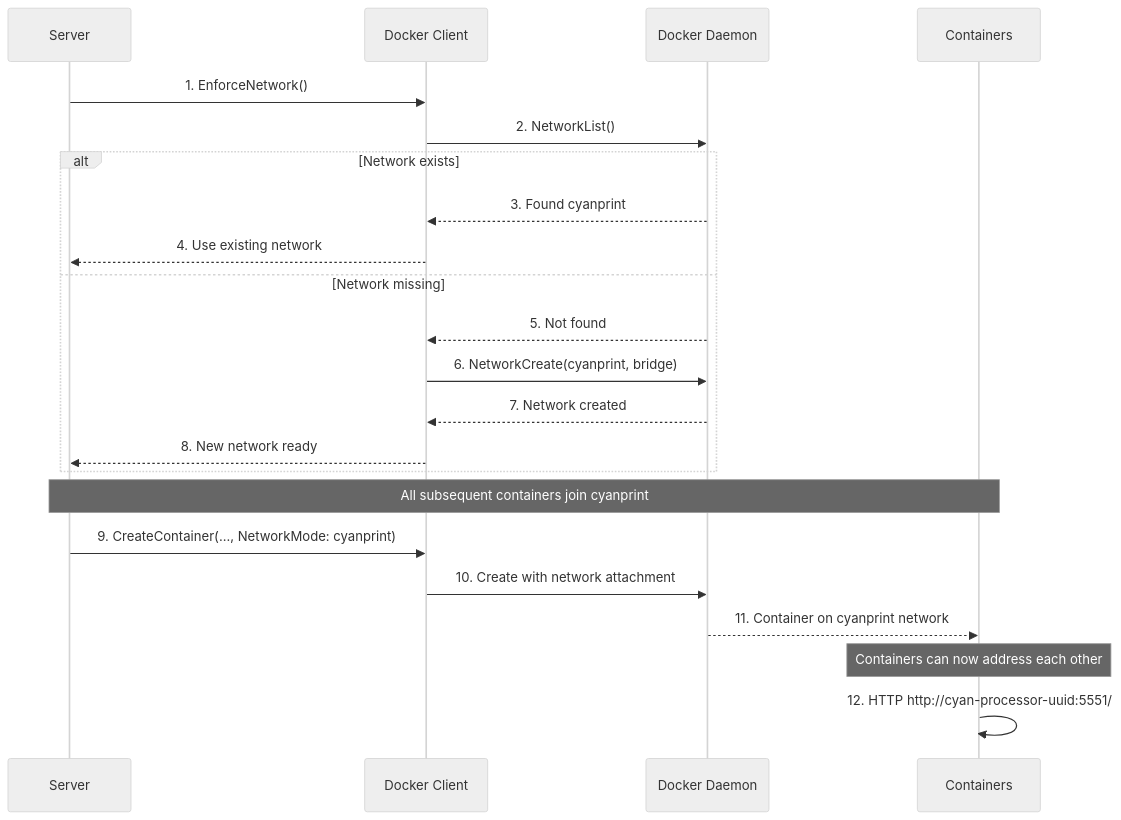
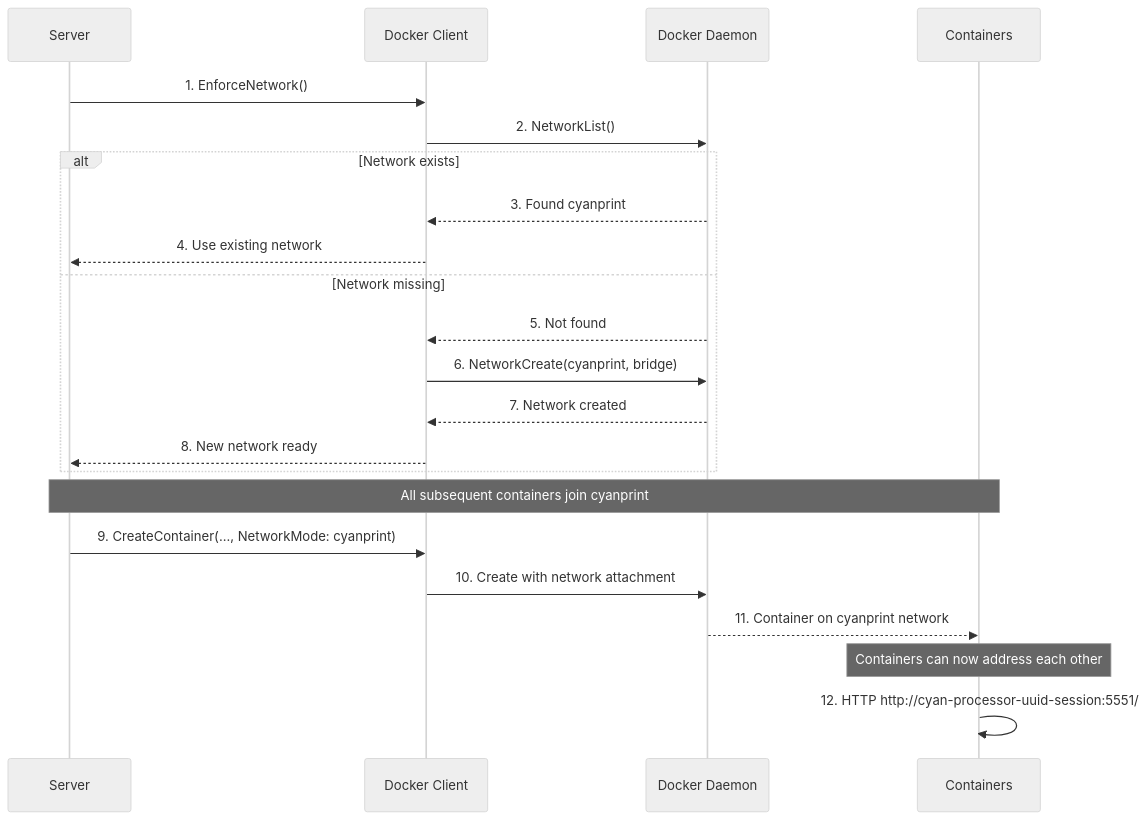
Before and after one commit to AtomiCloud/sulfone.boron: the second of 2 diagrams in docs/developer/features/10-network-architecture.md, drawn with Mermaid (neutral theme). The commit also changed other lines of this file and 27 other files, not shown here.

````diff
--- a/docs/developer/features/10-network-architecture.md
+++ b/docs/developer/features/10-network-architecture.md
@@ -41,30 +41,30 @@
 ```mermaid
 sequenceDiagram
     participant S as Server
     participant D as Docker Client
     participant DC as Docker Daemon
     participant C as Containers
 
     S->>D: 1. EnforceNetwork()
     D->>DC: 2. NetworkList()
 
     alt Network exists
         DC-->>D: 3. Found cyanprint
         D-->>S: 4. Use existing network
     else Network missing
         DC-->>D: 5. Not found
         D->>DC: 6. NetworkCreate(cyanprint, bridge)
         DC-->>D: 7. Network created
         D-->>S: 8. New network ready
     end
 
     Note over S,C: All subsequent containers join cyanprint
 
     S->>D: 9. CreateContainer(..., NetworkMode: cyanprint)
     D->>DC: 10. Create with network attachment
     DC-->>C: 11. Container on cyanprint network
 
     Note over C: Containers can now address each other
 
-    C->>C: 12. HTTP http://cyan-processor-uuid:5551/
+    C->>C: 12. HTTP http://cyan-processor-uuid-session:5551/
 ```
````
